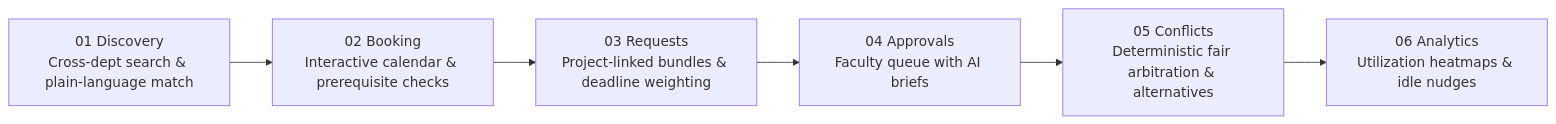
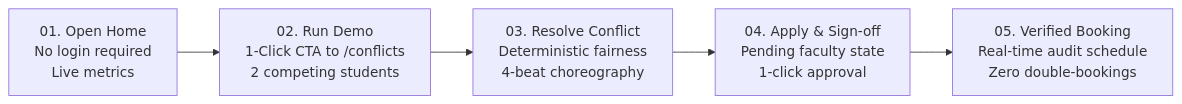
One commit to sharancode3/PROMPTWARS changed the first of 2 diagrams in README.md. Above: the diagram before and after it, drawn with Mermaid. The commit also changed other lines of this file and 5 other files, not shown here.

````diff
--- a/README.md
+++ b/README.md
@@ -39,8 +41,7 @@
 ```mermaid
 flowchart LR
-    P1["01 Discovery<br>Cross-dept search & plain-language match"] --> P2["02 Booking<br>Interactive calendar & prerequisite checks"]
-    P2 --> P3["03 Requests<br>Project-linked bundles & deadline weighting"]
-    P3 --> P4["04 Approvals<br>Faculty queue with AI briefs"]
-    P4 --> P5["05 Conflicts<br>Deterministic fair arbitration & alternatives"]
-    P5 --> P6["06 Analytics<br>Utilization heatmaps & idle nudges"]
+    A["01. Open Home<br>No login required<br>Live metrics"] --> B["02. Run Demo<br>1-Click CTA to /conflicts<br>2 competing students"]
+    B --> C["03. Resolve Conflict<br>Deterministic fairness<br>4-beat choreography"]
+    C --> D["04. Apply & Sign-off<br>Pending faculty state<br>1-click approval"]
+    D --> E["05. Verified Booking<br>Real-time audit schedule<br>Zero double-bookings"]
 ```
````
